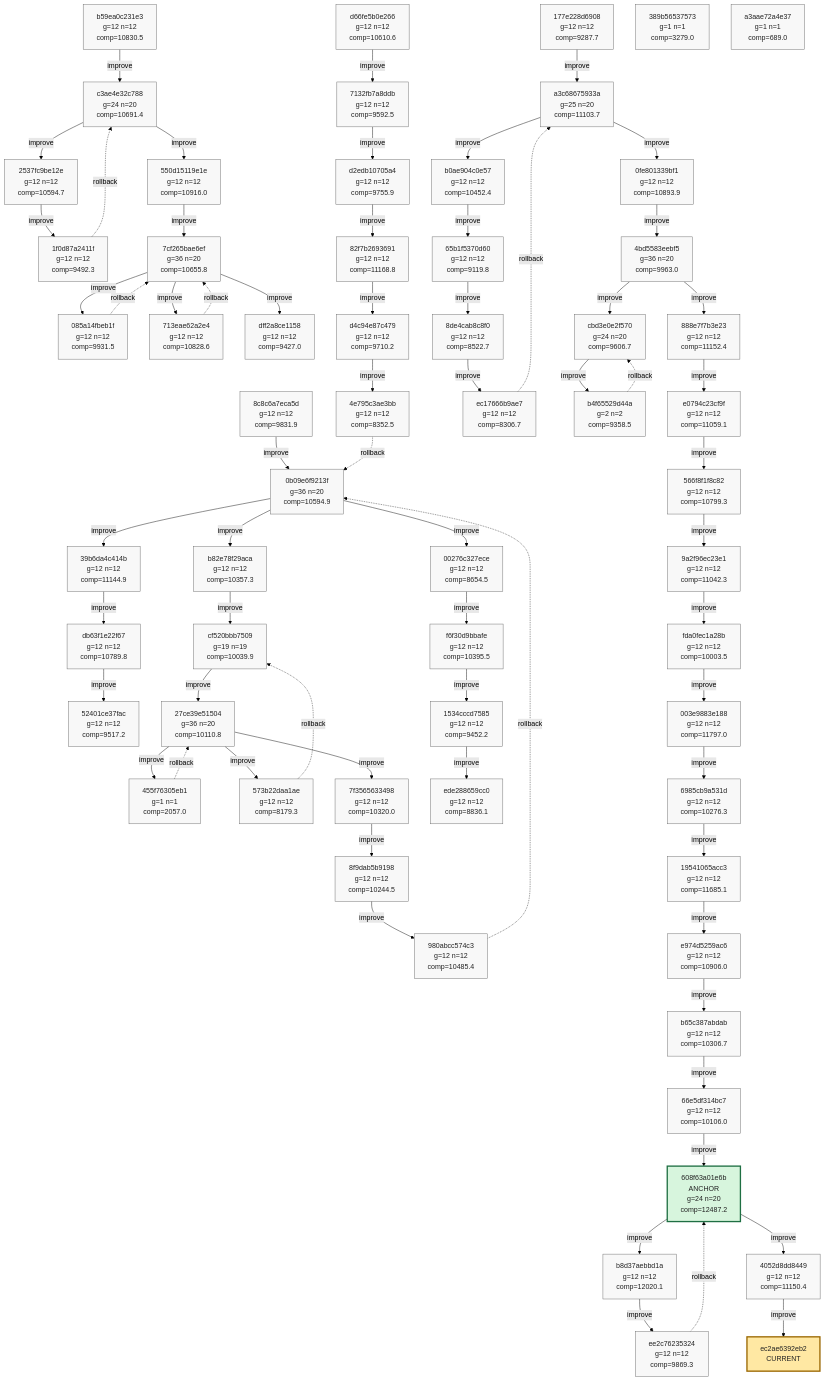
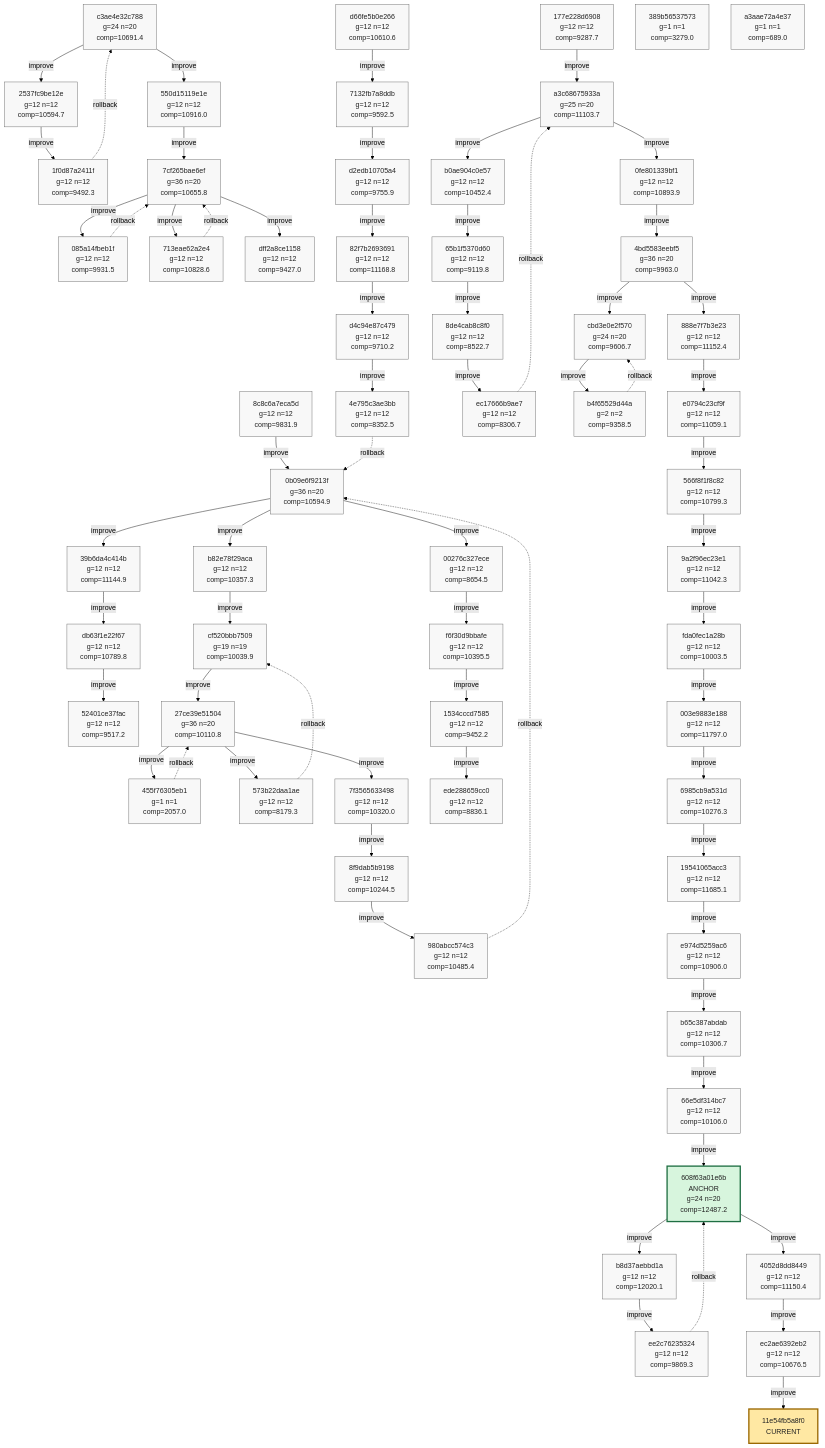
One commit to azumag/soviet_now changed the first of 10 diagrams in phyrogenetic-tree.md. Above: the diagram before and after it, drawn with Mermaid (forest theme). The commit also changed other lines of this file and 2 other files, not shown here.

Commit message:
eloop Improve after 12 games (scores: 8541 11358 9053 7272 13368 9252 13145 11429 24164 10965 13206 22884)

````diff
--- a/phyrogenetic-tree.md
+++ b/phyrogenetic-tree.md
@@ -16,6 +16,5 @@
 ```mermaid
 flowchart TD
-    h_b59ea0c231e3["b59ea0c231e3<br/>g=12 n=12<br/>comp=10830.5"]
     h_c3ae4e32c788["c3ae4e32c788<br/>g=24 n=20<br/>comp=10691.4"]
     h_2537fc9be12e["2537fc9be12e<br/>g=12 n=12<br/>comp=10594.7"]
     h_1f0d87a2411f["1f0d87a2411f<br/>g=12 n=12<br/>comp=9492.3"]
@@ -72,11 +71,11 @@
     h_b8d37aebbd1a["b8d37aebbd1a<br/>g=12 n=12<br/>comp=12020.1"]
     h_ee2c76235324["ee2c76235324<br/>g=12 n=12<br/>comp=9869.3"]
     h_4052d8dd8449["4052d8dd8449<br/>g=12 n=12<br/>comp=11150.4"]
+    h_ec2ae6392eb2["ec2ae6392eb2<br/>g=12 n=12<br/>comp=10676.5"]
     h_389b56537573["389b56537573<br/>g=1 n=1<br/>comp=3279.0"]
     h_a3aae72a4e37["a3aae72a4e37<br/>g=1 n=1<br/>comp=689.0"]
-    h_ec2ae6392eb2["ec2ae6392eb2<br/>CURRENT"]
+    h_11e54fb5a8f0["11e54fb5a8f0<br/>CURRENT"]
 
-    h_b59ea0c231e3 -->|improve| h_c3ae4e32c788
     h_c3ae4e32c788 -->|improve| h_2537fc9be12e
     h_2537fc9be12e -->|improve| h_1f0d87a2411f
     h_1f0d87a2411f -. rollback .-> h_c3ae4e32c788
@@ -140,13 +139,13 @@
     h_ee2c76235324 -. rollback .-> h_608f63a01e6b
     h_608f63a01e6b -->|improve| h_4052d8dd8449
     h_4052d8dd8449 -->|improve| h_ec2ae6392eb2
+    h_ec2ae6392eb2 -->|improve| h_11e54fb5a8f0
 
     classDef plain fill:#f8f8f8,stroke:#666,stroke-width:1px,color:#222;
     classDef current fill:#ffe8a3,stroke:#9a6700,stroke-width:3px,color:#222;
     classDef anchor fill:#d7f5dd,stroke:#1f6f43,stroke-width:3px,color:#222;
     classDef current_anchor fill:#f3e4a8,stroke:#1f6f43,stroke-width:4px,color:#222;
 
-    class h_b59ea0c231e3 plain;
     class h_c3ae4e32c788 plain;
     class h_2537fc9be12e plain;
     class h_1f0d87a2411f plain;
@@ -203,7 +202,8 @@
     class h_b8d37aebbd1a plain;
     class h_ee2c76235324 plain;
     class h_4052d8dd8449 plain;
+    class h_ec2ae6392eb2 plain;
     class h_389b56537573 plain;
     class h_a3aae72a4e37 plain;
-    class h_ec2ae6392eb2 current;
+    class h_11e54fb5a8f0 current;
 ```
````
